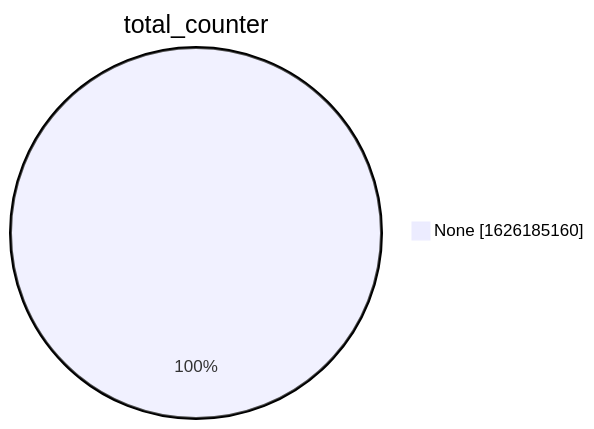
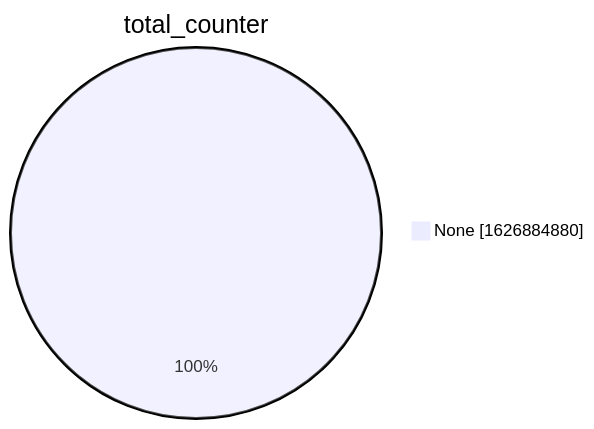
The second of 15 diagrams in xenon2022/README.md (christiankrug/ctmonitor_visualization), drawn with Mermaid before and after one commit. The commit also changed other lines of this file, not shown here.

````diff
--- a/xenon2022/README.md
+++ b/xenon2022/README.md
@@ -9,5 +9,5 @@
 ```mermaid
 pie showData
 title total_counter
-"None" :1626185160
+"None" :1626884880
 ```
````
